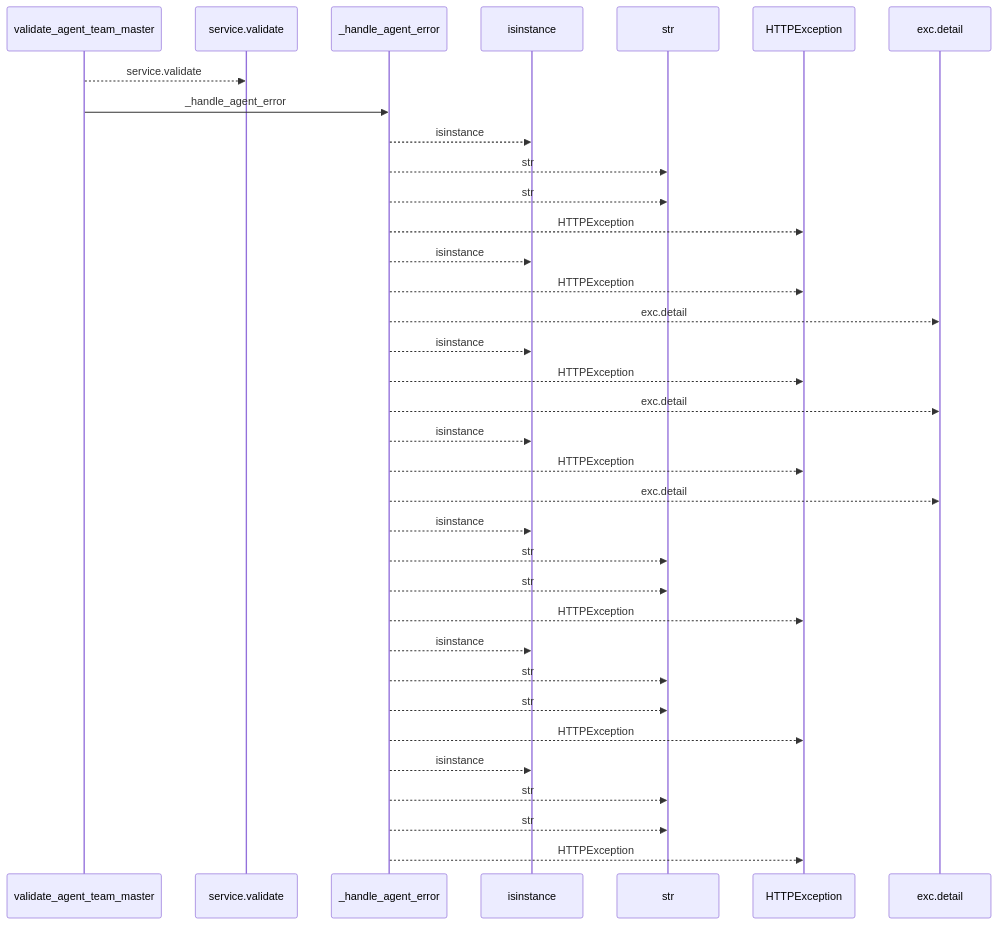
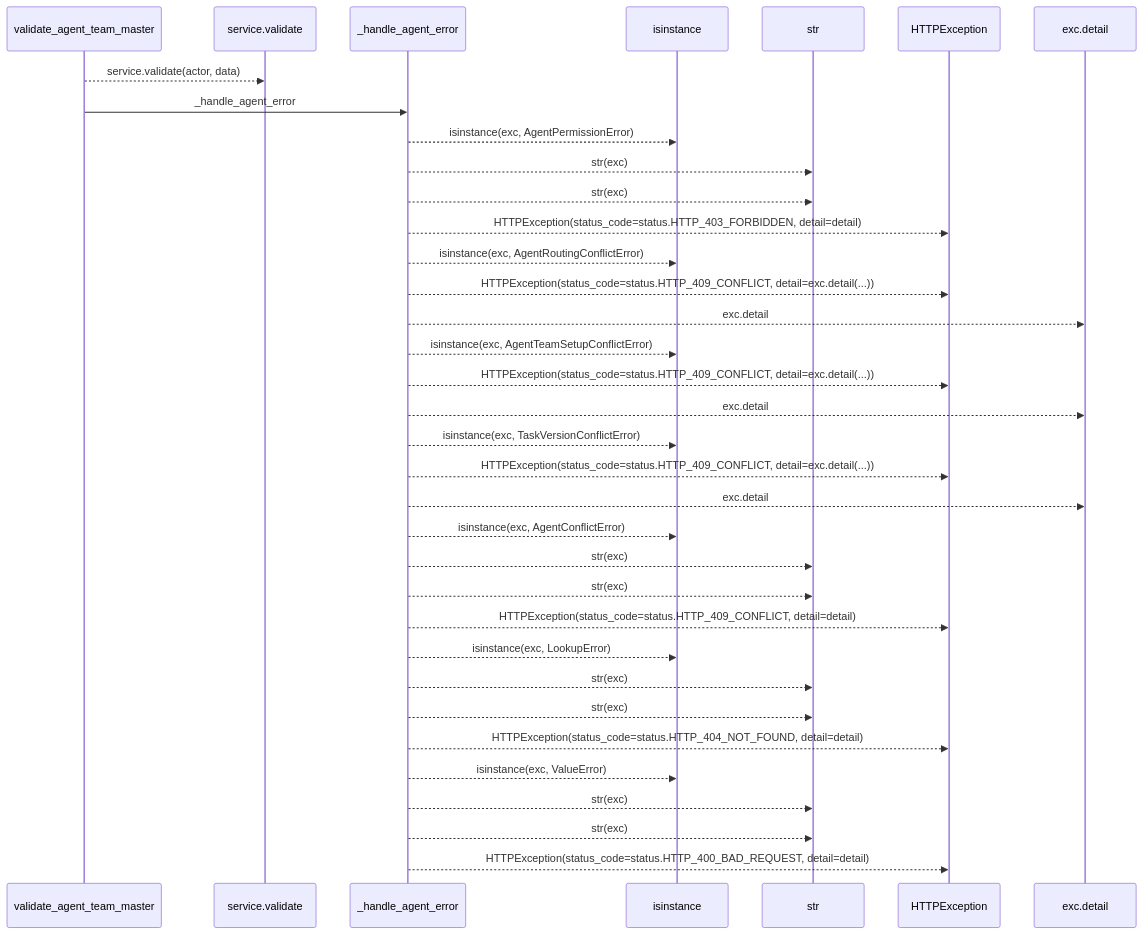
Before and after one commit to Denissvgn/WorkChord: the first of 2 diagrams in docs/llm_wiki/flows/http-validate_agent_team_master.md, drawn with Mermaid. The commit also changed other lines of this file and 25171 other files, not shown here.

````diff
--- a/docs/llm_wiki/flows/http-validate_agent_team_master.md
+++ b/docs/llm_wiki/flows/http-validate_agent_team_master.md
@@ -10,37 +12,37 @@
 ```mermaid
 sequenceDiagram
     participant p0 as validate_agent_team_master
     participant p1 as service.validate
     participant p2 as _handle_agent_error
     participant p3 as isinstance
     participant p4 as str
     participant p5 as HTTPException
     participant p6 as exc.detail
-    p0-->>p1: service.validate
+    p0-->>p1: service.validate(actor, data)
     p0->>p2: _handle_agent_error
-    p2-->>p3: isinstance
-    p2-->>p4: str
-    p2-->>p4: str
-    p2-->>p5: HTTPException
-    p2-->>p3: isinstance
-    p2-->>p5: HTTPException
+    p2-->>p3: isinstance(exc, AgentPermissionError)
+    p2-->>p4: str(exc)
+    p2-->>p4: str(exc)
+    p2-->>p5: HTTPException(status_code=status.HTTP_403_FORBIDDEN, detail=detail)
+    p2-->>p3: isinstance(exc, AgentRoutingConflictError)
+    p2-->>p5: HTTPException(status_code=status.HTTP_409_CONFLICT, detail=exc.detail(...))
     p2-->>p6: exc.detail
-    p2-->>p3: isinstance
-    p2-->>p5: HTTPException
+    p2-->>p3: isinstance(exc, AgentTeamSetupConflictError)
+    p2-->>p5: HTTPException(status_code=status.HTTP_409_CONFLICT, detail=exc.detail(...))
     p2-->>p6: exc.detail
-    p2-->>p3: isinstance
-    p2-->>p5: HTTPException
+    p2-->>p3: isinstance(exc, TaskVersionConflictError)
+    p2-->>p5: HTTPException(status_code=status.HTTP_409_CONFLICT, detail=exc.detail(...))
     p2-->>p6: exc.detail
-    p2-->>p3: isinstance
-    p2-->>p4: str
-    p2-->>p4: str
-    p2-->>p5: HTTPException
-    p2-->>p3: isinstance
-    p2-->>p4: str
-    p2-->>p4: str
-    p2-->>p5: HTTPException
-    p2-->>p3: isinstance
-    p2-->>p4: str
-    p2-->>p4: str
-    p2-->>p5: HTTPException
+    p2-->>p3: isinstance(exc, AgentConflictError)
+    p2-->>p4: str(exc)
+    p2-->>p4: str(exc)
+    p2-->>p5: HTTPException(status_code=status.HTTP_409_CONFLICT, detail=detail)
+    p2-->>p3: isinstance(exc, LookupError)
+    p2-->>p4: str(exc)
+    p2-->>p4: str(exc)
+    p2-->>p5: HTTPException(status_code=status.HTTP_404_NOT_FOUND, detail=detail)
+    p2-->>p3: isinstance(exc, ValueError)
+    p2-->>p4: str(exc)
+    p2-->>p4: str(exc)
+    p2-->>p5: HTTPException(status_code=status.HTTP_400_BAD_REQUEST, detail=detail)
 ```
````
